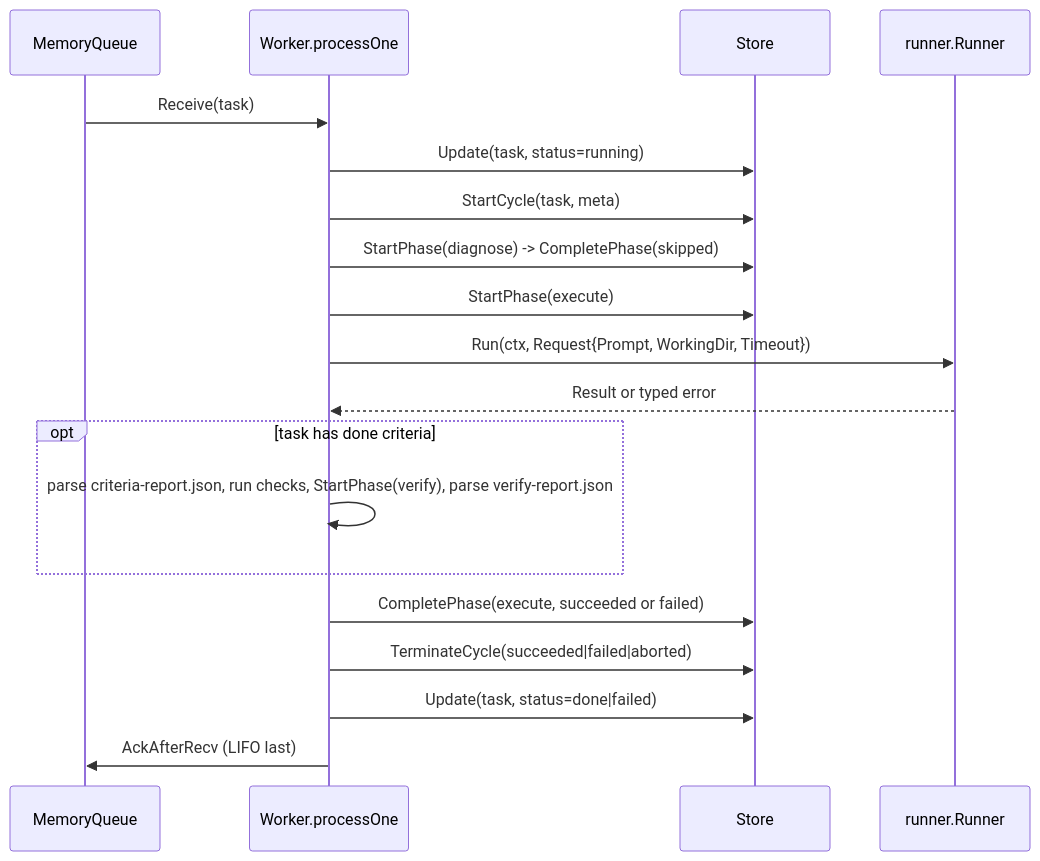
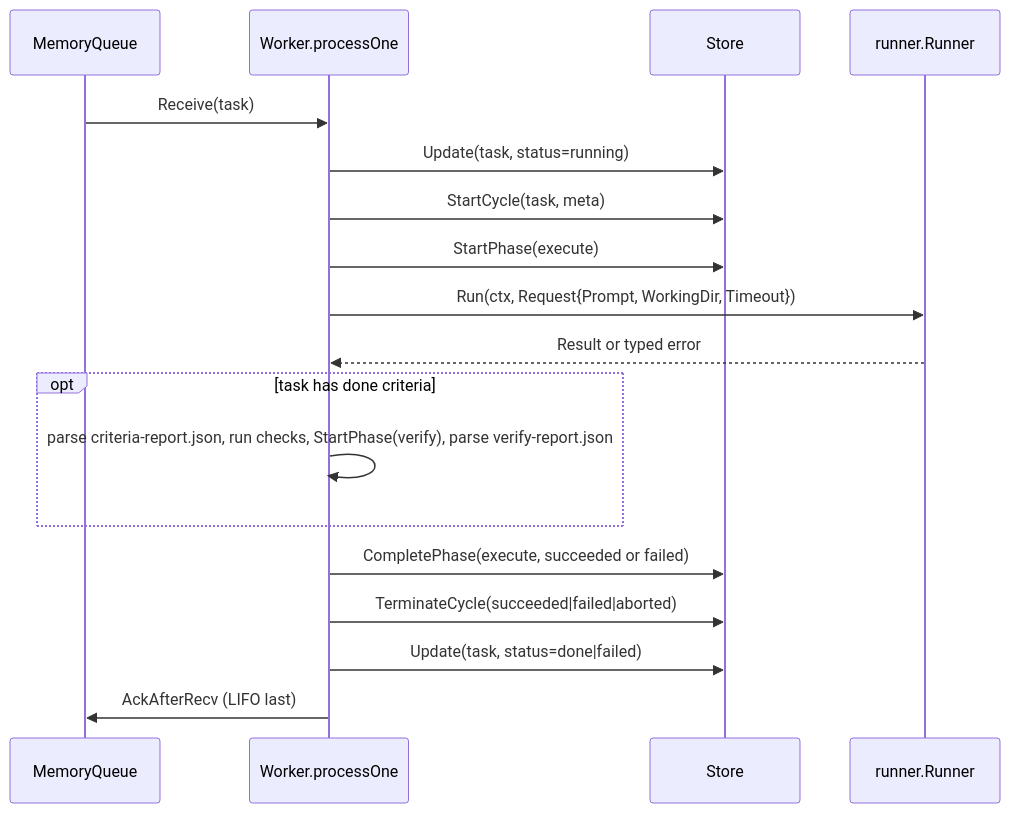
Before and after one commit to AlexsanderHamir/T2A: the fourth of 4 diagrams in docs/architecture.md, drawn with Mermaid. The commit also changed 46 other files, not shown here.

First line of the commit message:
refactor(cycles): simplify phases to execute/verify and polish attempt timeline

````diff
--- a/docs/architecture.md
+++ b/docs/architecture.md
@@ -157,22 +157,21 @@
 ```mermaid
 sequenceDiagram
   participant Q as MemoryQueue
   participant W as Worker.processOne
   participant S as Store
   participant R as runner.Runner
 
   Q->>W: Receive(task)
   W->>S: Update(task, status=running)
   W->>S: StartCycle(task, meta)
-  W->>S: StartPhase(diagnose) -> CompletePhase(skipped)
   W->>S: StartPhase(execute)
   W->>R: Run(ctx, Request{Prompt, WorkingDir, Timeout})
   R-->>W: Result or typed error
   opt task has done criteria
     W->>W: parse criteria-report.json, run checks, StartPhase(verify), parse verify-report.json
   end
   W->>S: CompletePhase(execute, succeeded or failed)
   W->>S: TerminateCycle(succeeded|failed|aborted)
   W->>S: Update(task, status=done|failed)
   W->>Q: AckAfterRecv (LIFO last)
 ```
````
